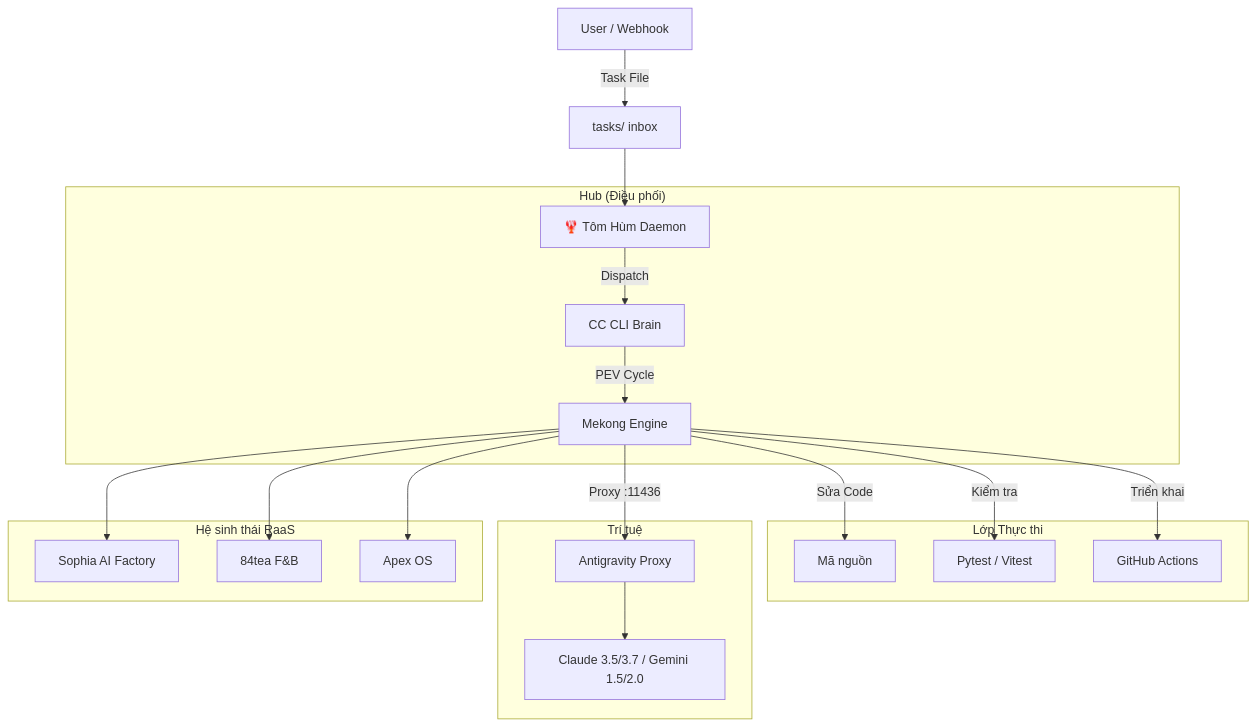
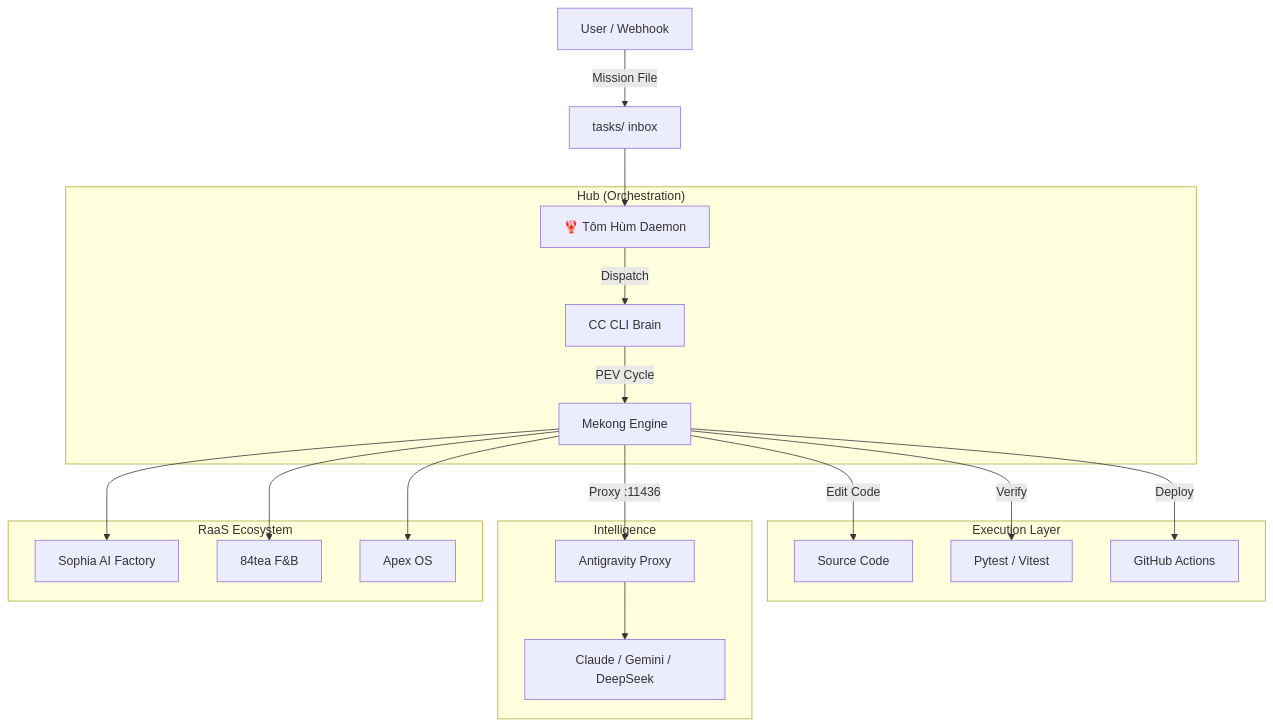
The diagram in README.vi.md (huuthongdongthap/mekong-cli), drawn with Mermaid before and after one commit. The commit also changed other lines of this file and 258 other files, not shown here.

````diff
--- a/README.vi.md
+++ b/README.vi.md
@@ -52,27 +50,27 @@
 ```mermaid
 graph TD
-    User[User / Webhook] -->|Task File| Inbox[tasks/ inbox]
+    User[User / Webhook] -->|Mission File| Inbox[tasks/ inbox]
     Inbox --> TomHum[🦞 Tôm Hùm Daemon]
 
-    subgraph "Hub (Điều phối)"
+    subgraph "Hub (Orchestration)"
         TomHum -->|Dispatch| Brain[CC CLI Brain]
         Brain -->|PEV Cycle| Engine[Mekong Engine]
     end
 
-    subgraph "Lớp Thực thi"
-        Engine -->|Sửa Code| Files[Mã nguồn]
-        Engine -->|Kiểm tra| Test[Pytest / Vitest]
-        Engine -->|Triển khai| CI[GitHub Actions]
+    subgraph "Execution Layer"
+        Engine -->|Edit Code| Files[Source Code]
+        Engine -->|Verify| Test[Pytest / Vitest]
+        Engine -->|Deploy| CI[GitHub Actions]
     end
 
-    subgraph "Trí tuệ"
+    subgraph "Intelligence"
         Engine -->|Proxy :11436| Antigravity[Antigravity Proxy]
-        Antigravity --> Models[Claude 3.5/3.7 / Gemini 1.5/2.0]
+        Antigravity --> Models[Claude / Gemini / DeepSeek]
     end
 
-    subgraph "Hệ sinh thái RaaS"
+    subgraph "RaaS Ecosystem"
         Engine --> App1[Sophia AI Factory]
         Engine --> App2[84tea F&B]
         Engine --> App3[Apex OS]
     end
 ```
````
